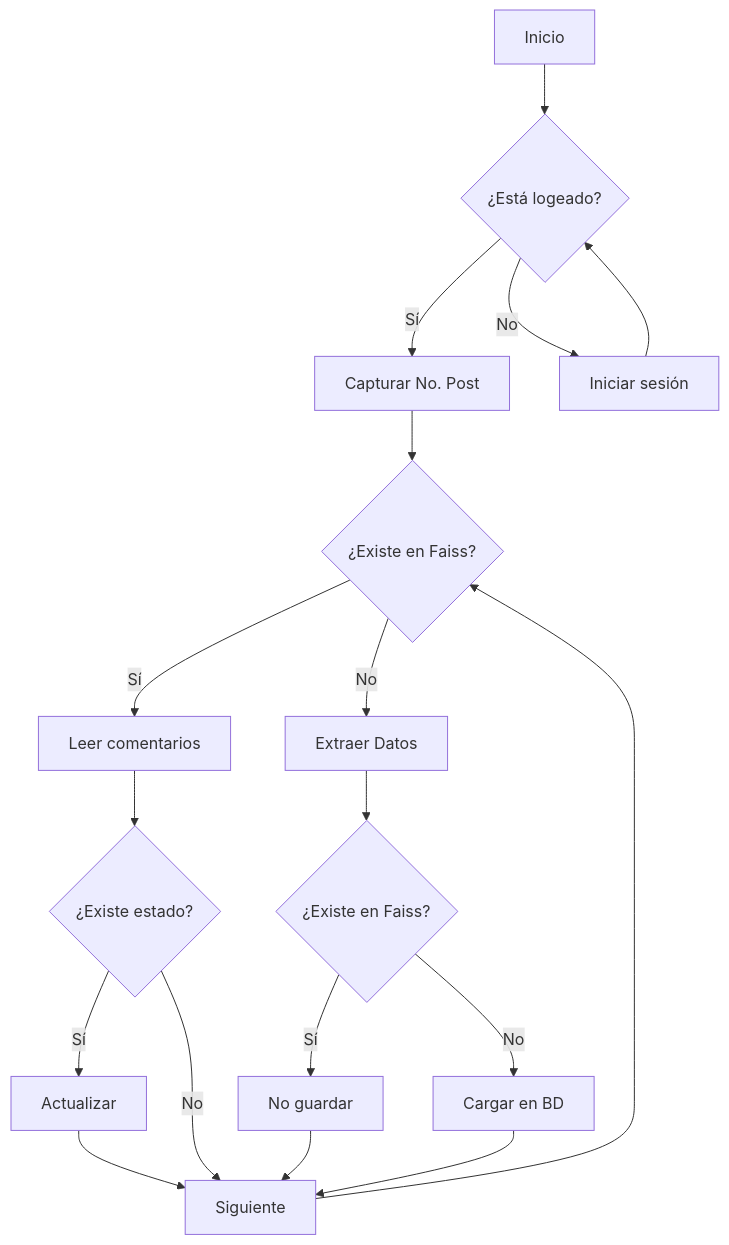
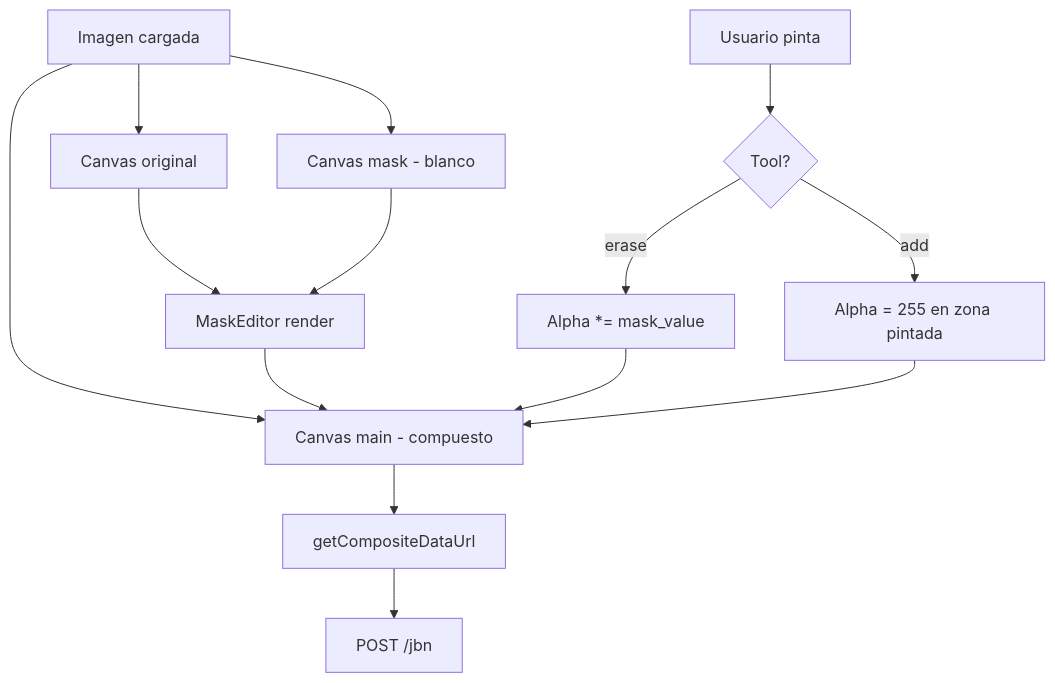
One commit to MartinCiro/creator_banner changed the fourth of 4 diagrams in README.md. Above: the diagram before and after it, drawn with Mermaid. The commit also changed other lines of this file, not shown here.

````diff
--- a/README.md
+++ b/README.md
@@ -173,20 +269,16 @@
 ```mermaid
 graph TD
-    A[Inicio] --> C{¿Está logeado?}
-    C -->|Sí| D[Capturar No. Post]
-    C -->|No| E[Iniciar sesión]
-    E --> C
-    D --> F{¿Existe en Faiss?}
-    F -->|Sí| G[Leer comentarios]
-    G --> I{¿Existe estado?}
-    I -->|Sí| J[Actualizar]
-    J --> K[Siguiente]
-    I -->|No| K
-    K --> F
-    F -->|No| H[Extraer Datos]
-    H --> Ha{¿Existe en Faiss?}
-    Ha -->|Sí| Hb[No guardar]
-    Hb --> K
-    Ha -->|No| Hc[Cargar en BD]
-    Hc --> K
+    A[Imagen cargada] --> B[Canvas original]
+    A --> C[Canvas mask - blanco]
+    A --> D[Canvas main - compuesto]
+    B --> E[MaskEditor render]
+    C --> E
+    E --> D
+    F[Usuario pinta] --> G{Tool?}
+    G -->|erase| H[Alpha *= mask_value]
+    G -->|add| I[Alpha = 255 en zona pintada]
+    H --> D
+    I --> D
+    D --> J[getCompositeDataUrl]
+    J --> K[POST /jbn]
 ```
````
